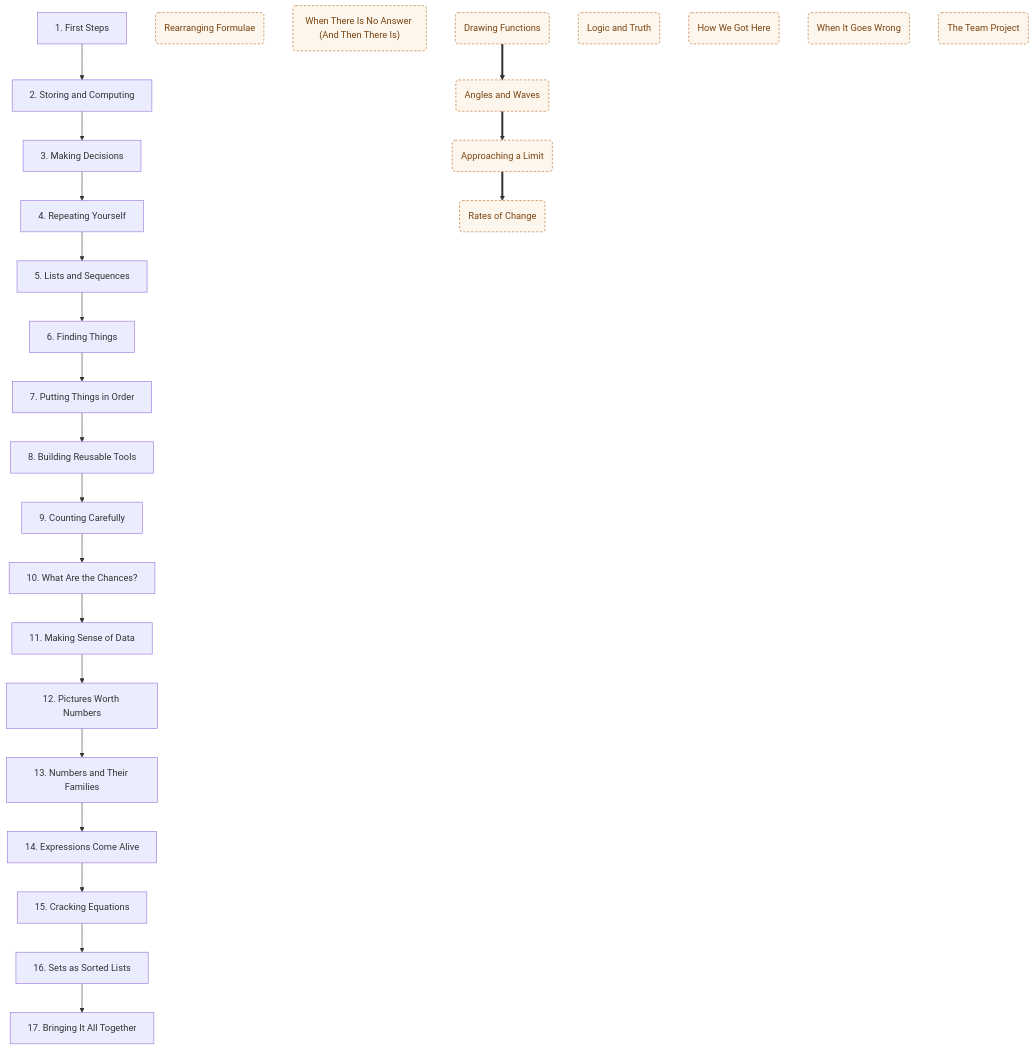
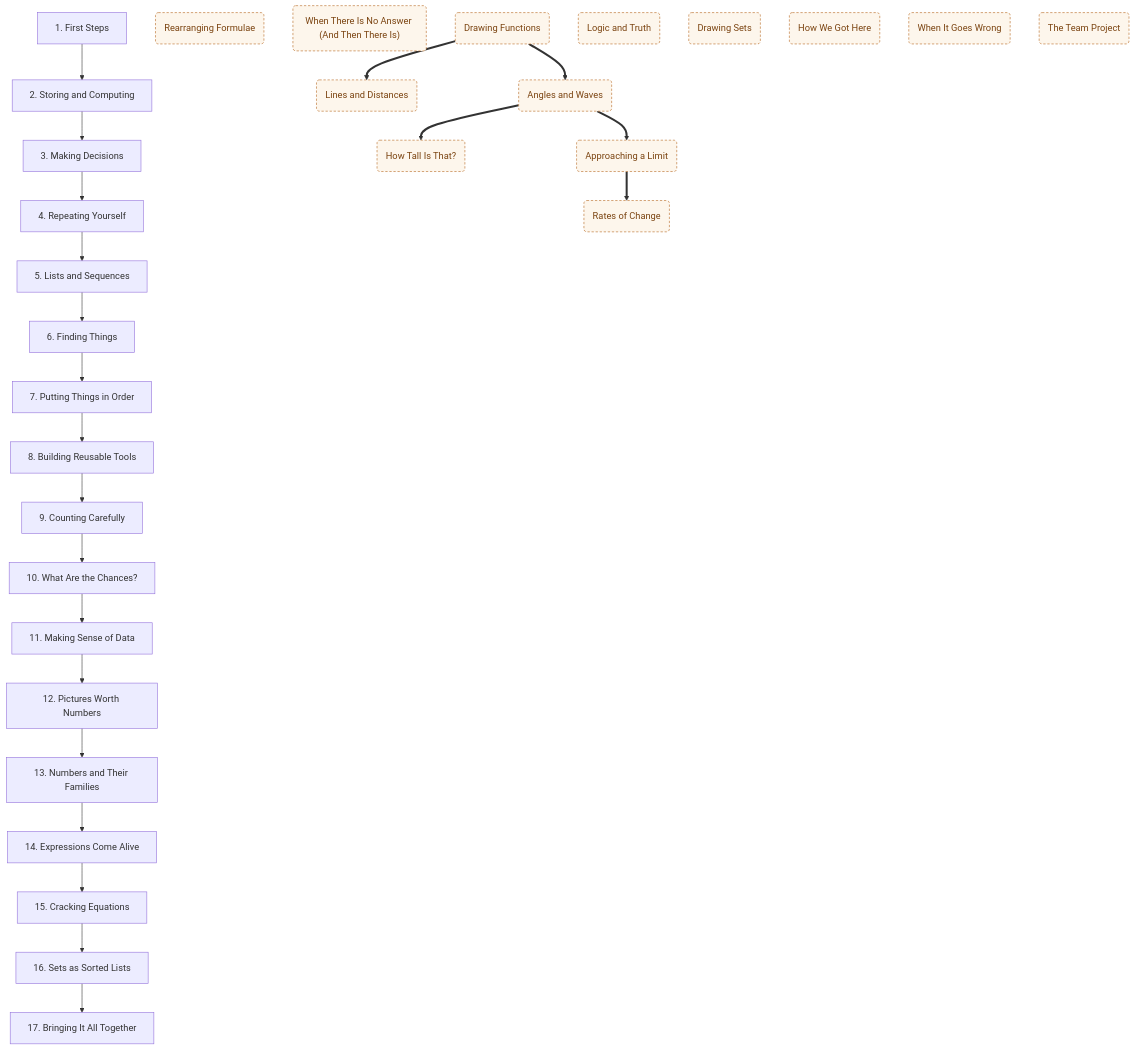
The third of 3 diagrams in planning/CURRICULUM_MAP.md (deweydex/dewlab), drawn with Mermaid before and after one commit. The commit also changed other lines of this file and 14 other files, not shown here.

First line of the commit message:
Coordinate geometry and Venn diagrams get tutorials, and the survey was wrong

````diff
--- a/planning/CURRICULUM_MAP.md
+++ b/planning/CURRICULUM_MAP.md
@@ -127,54 +129,59 @@
 ```mermaid
 graph TD
   T1["1. First Steps"]
   T2["2. Storing and Computing"]
   T3["3. Making Decisions"]
   T4["4. Repeating Yourself"]
   T5["5. Lists and Sequences"]
   T6["6. Finding Things"]
   T7["7. Putting Things in Order"]
   T8["8. Building Reusable Tools"]
   T9["9. Counting Carefully"]
   T10["10. What Are the Chances?"]
   T11["11. Making Sense of Data"]
   T12["12. Pictures Worth Numbers"]
   T13["13. Numbers and Their Families"]
   T14["14. Expressions Come Alive"]
   T15["15. Cracking Equations"]
   T16["16. Sets as Sorted Lists"]
   T17["17. Bringing It All Together"]
   N0("Rearranging Formulae")
   N1("When There Is No Answer (And Then There Is)")
   N2("Drawing Functions")
-  N3("Angles and Waves")
-  N4("Approaching a Limit")
-  N5("Rates of Change")
-  N6("Logic and Truth")
-  N7("How We Got Here")
-  N8("When It Goes Wrong")
-  N9("The Team Project")
+  N3("Lines and Distances")
+  N4("How Tall Is That?")
+  N5("Angles and Waves")
+  N6("Approaching a Limit")
+  N7("Rates of Change")
+  N8("Logic and Truth")
+  N9("Drawing Sets")
+  N10("How We Got Here")
+  N11("When It Goes Wrong")
+  N12("The Team Project")
 
   T1 --> T2
   T2 --> T3
   T3 --> T4
   T4 --> T5
   T5 --> T6
   T6 --> T7
   T7 --> T8
   T8 --> T9
   T9 --> T10
   T10 --> T11
   T11 --> T12
   T12 --> T13
   T13 --> T14
   T14 --> T15
   T15 --> T16
   T16 --> T17
 
   N2 ==> N3
-  N3 ==> N4
-  N4 ==> N5
+  N5 ==> N4
+  N2 ==> N5
+  N5 ==> N6
+  N6 ==> N7
 
   classDef new fill:#fdf6ec,stroke:#b5651d,color:#7a4310,stroke-dasharray:4 3;
-  class N0,N1,N2,N3,N4,N5,N6,N7,N8,N9 new;
+  class N0,N1,N2,N3,N4,N5,N6,N7,N8,N9,N10,N11,N12 new;
 ```
````
